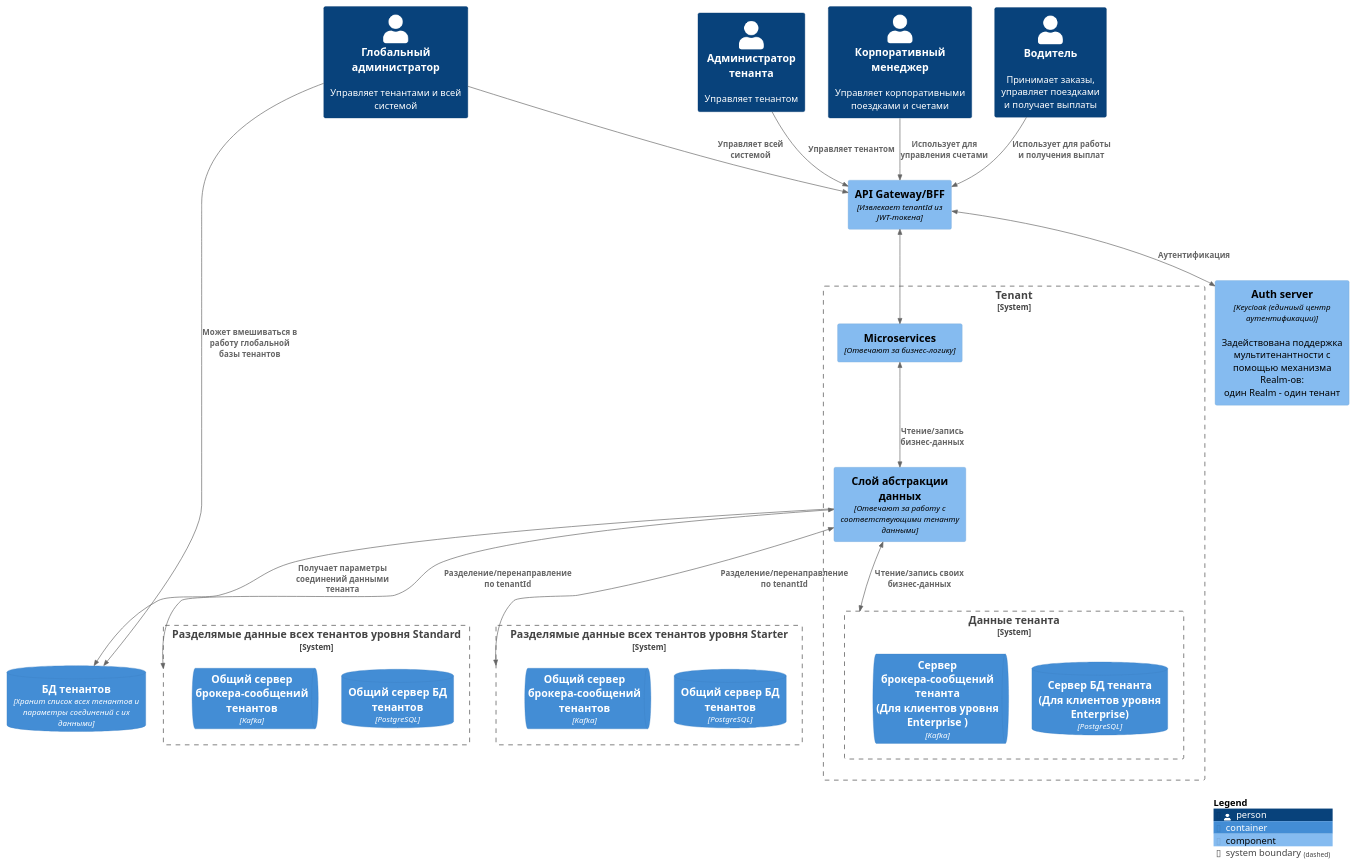
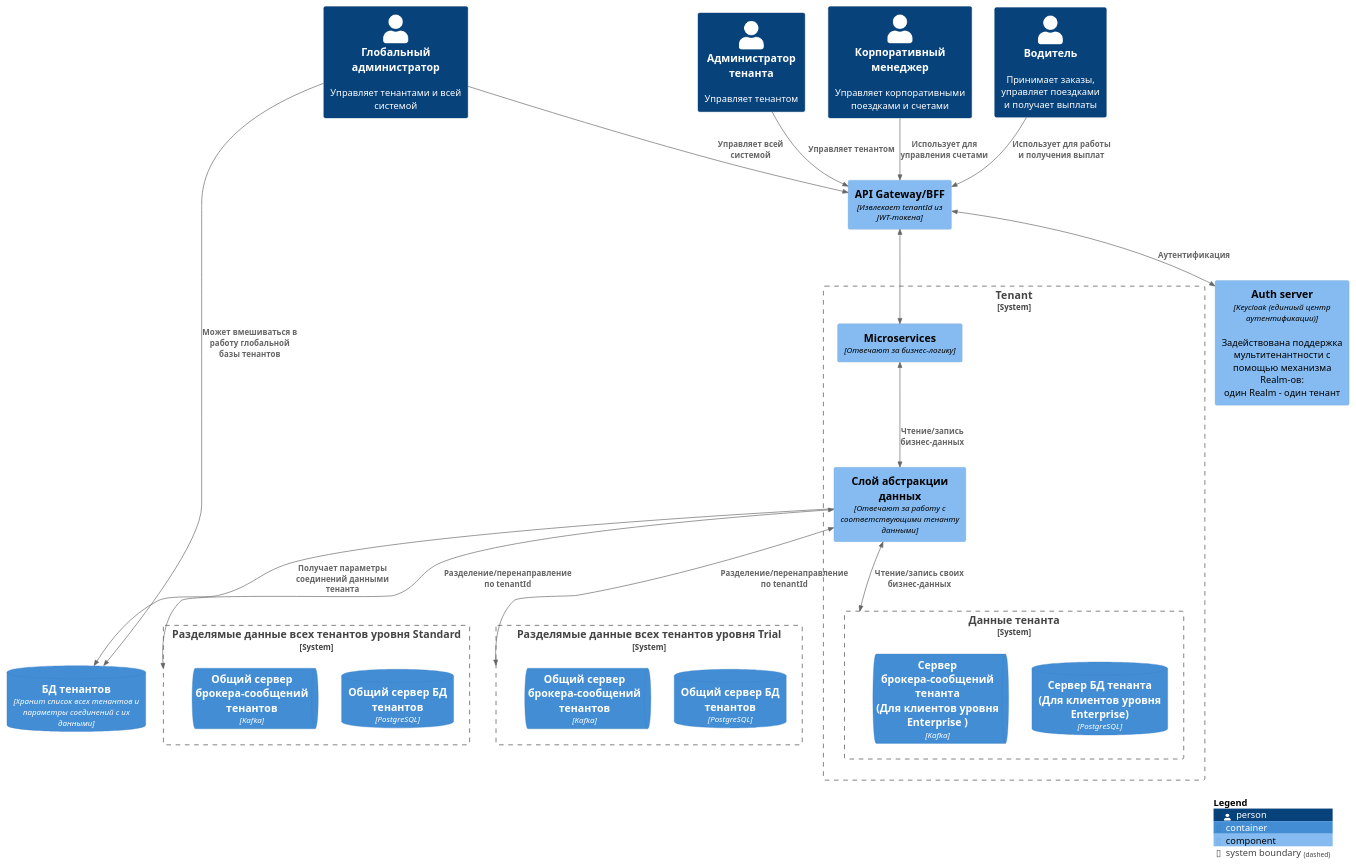
Before and after one commit to Babikoff/MSA-GoFuture: the diagram in Task5/diagrams/C3-multitenancy.puml, drawn with PlantUML. The commit also changed 1 other file, not shown here.

```diff
--- a/Task5/diagrams/C3-multitenancy.puml
+++ b/Task5/diagrams/C3-multitenancy.puml
@@ -1,56 +1,56 @@
 @startuml Multitenancy
 !include https://raw.githubusercontent.com/plantuml-stdlib/C4-PlantUML/master/C4_Component.puml
 
 AddRelTag("new", $lineColor="green",$textColor="green", $lineStyle=SolidLine())
 AddSystemTag("new", $bgColor="green", $fontColor="white", $borderColor="green")
 AddSystemTag("Orchestrator", $bgColor="green", $fontColor="yellow", $borderColor="yellow")
 
 Person(global_admin, "Глобальный администратор", "Управляет тенантами и всей системой")
 Person(local_admin, "Администратор тенанта", "Управляет тенантом")
 Person(manager, "Корпоративный менеджер", "Управляет корпоративными поездками и счетами")
 Person(driver, "Водитель", "Принимает заказы, управляет поездками\nи получает выплаты") 
 
 Component(api_gateway, "API Gateway/BFF", "Извлекает tenantId из JWT-токена")
 Component(auth_server, "Auth server", "Keycloak (единиый центр аутентификации)", "Задействована поддержка мультитенантности с помощью механизма Realm-ов:\nодин Realm - один тенант")
 ContainerDb(all_tenants_db, "БД тенантов", "Хранит список всех тенантов и параметры соединений с их данными")
 
 System_Boundary(tenant, "Tenant") {
   Component(tenant_microservices, "Microservices", "Отвечают за бизнес-логику")
   Component(data_abstraction_layer, "Слой абстракции данных", "Отвечают за работу с соответствующими тенанту данными")
   System_Boundary(tenant_data, "Данные тенанта") {
     ContainerDb(tenant_db, "Сервер БД тенанта\n(Для клиентов уровня Enterprise)", "PostgreSQL", "")
     ContainerQueue(tenant_queue, "Сервер брокера-сообщений тенанта\n(Для клиентов уровня Enterprise )", "Kafka", "")
   }
 }
 
 System_Boundary(shared_tenants_data_standard, "Разделямые данные всех тенантов уровня Standard") {
   ContainerDb(shared_db_standard, "Общий сервер БД тенантов", "PostgreSQL", "")
   ContainerQueue(shared_queue_standard, "Общий сервер брокера-сообщений тенантов", "Kafka", "")
 }
 
-System_Boundary(shared_tenants_data_starter, "Разделямые данные всех тенантов уровня Starter") {
+System_Boundary(shared_tenants_data_starter, "Разделямые данные всех тенантов уровня Trial") {
   ContainerDb(shared_db_starter, "Общий сервер БД тенантов", "PostgreSQL", "")
   ContainerQueue(shared_queue_starter, "Общий сервер брокера-сообщений тенантов", "Kafka", "")
 }
 
 ' СВЯЗИ
 BiRel(api_gateway, tenant_microservices, "")
 Rel(data_abstraction_layer, all_tenants_db, "Получает параметры соединений данными тенанта")
 
 ' Связи тенантов с их данными
 BiRel(tenant_microservices, data_abstraction_layer, "Чтение/запись бизнес-данных")
 BiRel(data_abstraction_layer, tenant_data, "Чтение/запись своих бизнес-данных")
 BiRel(data_abstraction_layer, shared_tenants_data_standard, "Разделение/перенаправление по tenantId")
 BiRel(data_abstraction_layer, shared_tenants_data_starter, "Разделение/перенаправление по tenantId")
 
 Rel(driver, api_gateway, "Использует для работы и получения выплат")
 Rel(manager, api_gateway, "Использует для управления счетами")
 Rel(global_admin, api_gateway, "Управляет всей системой")
 Rel(global_admin, all_tenants_db, "Может вмешиваться в работу глобальной базы тенантов")
 Rel(local_admin, api_gateway, "Управляет тенантом")
 
 BiRel(api_gateway, auth_server, "Аутентификация")
 
 SHOW_LEGEND()
 
 @enduml
```
